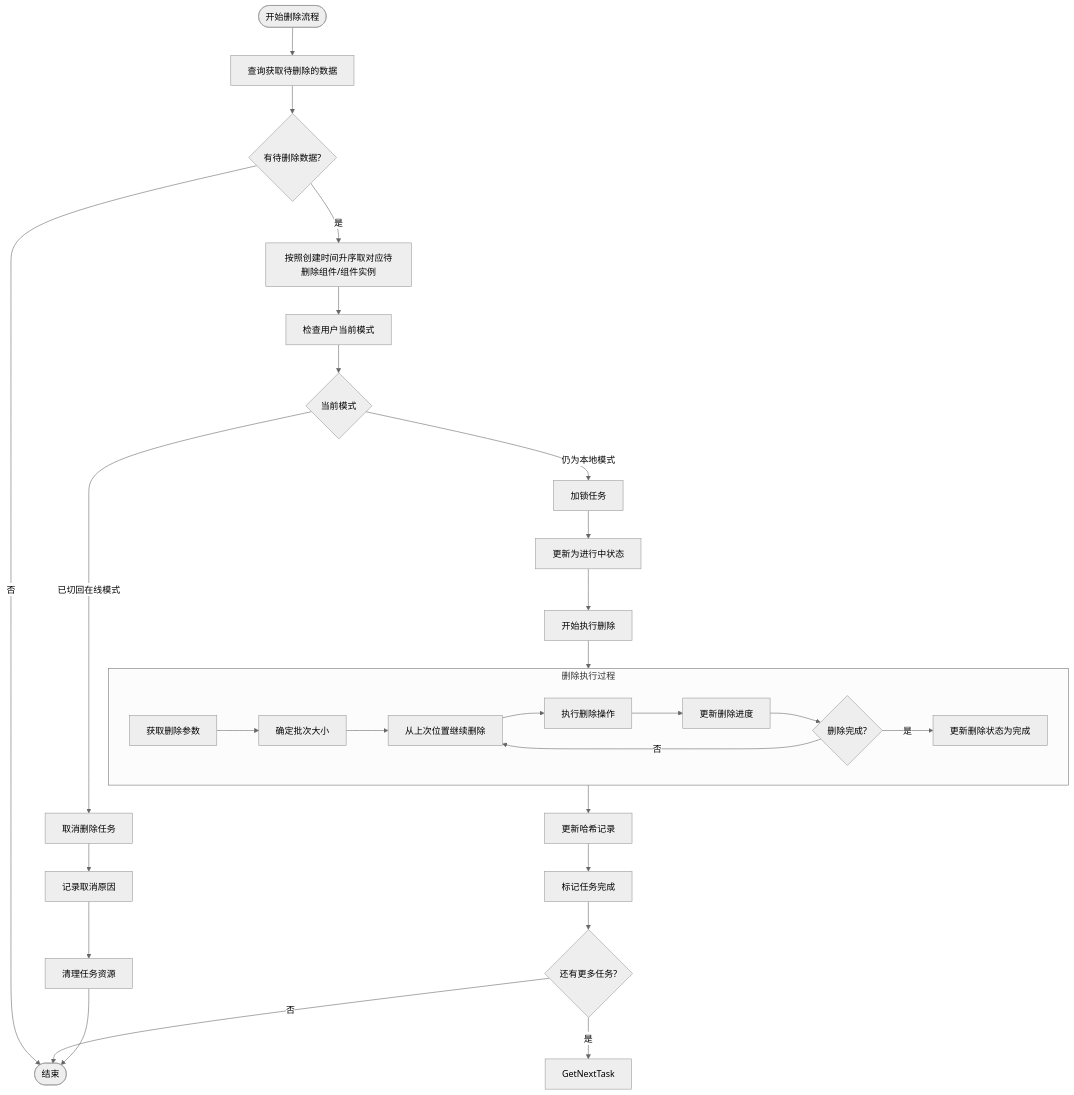
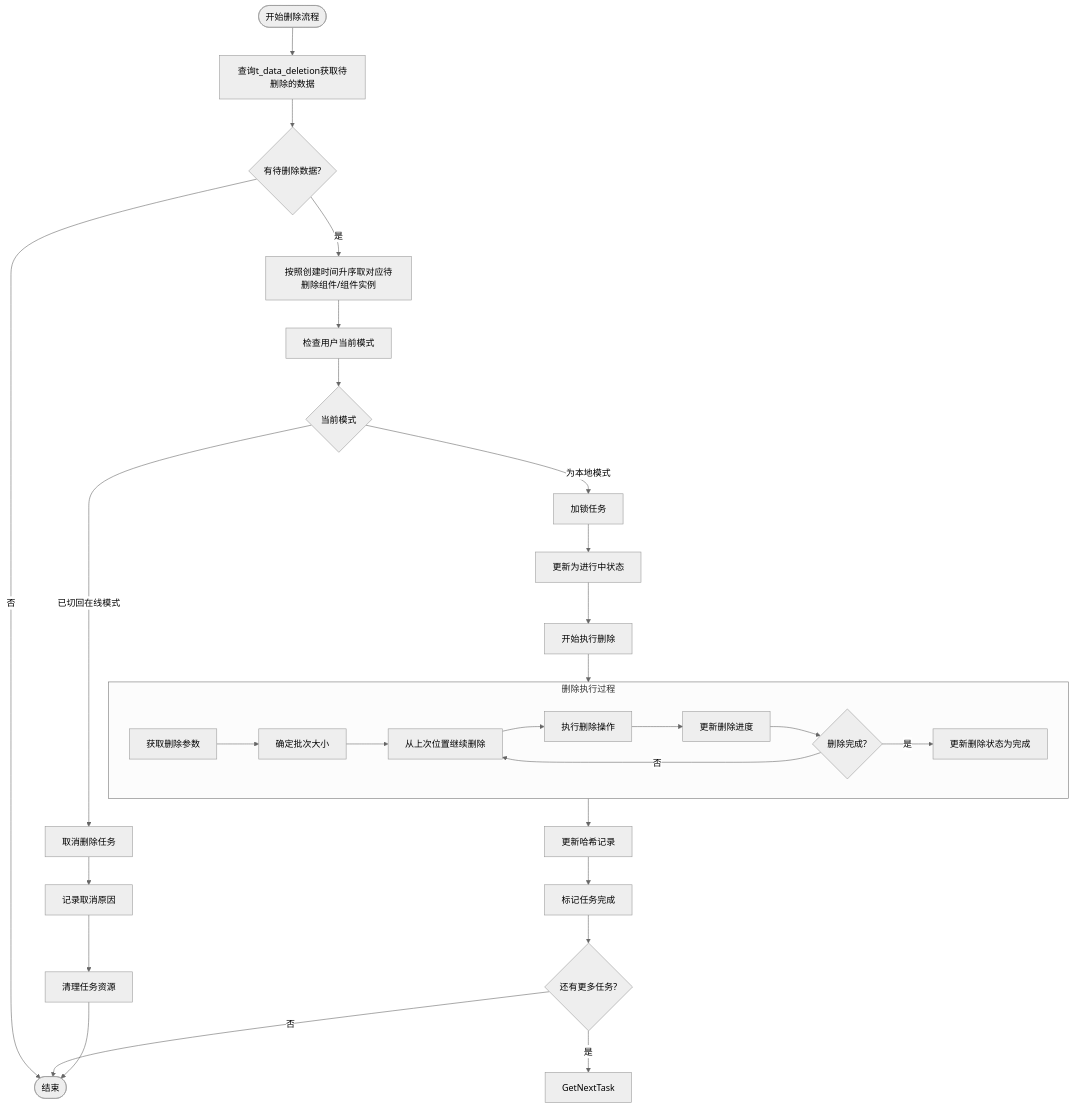
The diagram in all/未命名-51.md (yingjianzh/iodraw-files), drawn with Mermaid (neutral theme) before and after one commit.

Commit message:
2025-05-08 15:26:35 update

````diff
--- a/all/未命名-51.md
+++ b/all/未命名-51.md
@@ -1,41 +1,41 @@
 ```mermaid
 flowchart TD
-    Start([开始删除流程]) --> FetchTasks[查询获取待删除的数据]
+    Start([开始删除流程]) --> FetchTasks[查询t_data_deletion获取待删除的数据]
     FetchTasks --> HasTasks{有待删除数据?}
     
     HasTasks -->|否| End([结束])
     HasTasks -->|是| PrioritizeTasks[按照创建时间升序取对应待删除组件/组件实例]
     
     PrioritizeTasks --> CheckUserMode[检查用户当前模式]
     
     CheckUserMode --> CurrentMode{当前模式}
     CurrentMode -->|已切回在线模式| TaskCancel[取消删除任务]
-    CurrentMode -->|仍为本地模式| LockTask[加锁任务]
+    CurrentMode -->|为本地模式| LockTask[加锁任务]
     
     LockTask --> UpdateStatus[更新为进行中状态]
     UpdateStatus --> BeginDeletion[开始执行删除]
     
     subgraph DeletionProcess [删除执行过程]
         A[获取删除参数] --> B[确定批次大小]
         B --> C[从上次位置继续删除]
         C --> D[执行删除操作]
         D --> E[更新删除进度]
         E --> F{删除完成?}
         F -->|否| C
         F -->|是| G[更新删除状态为完成]
     end
     
     BeginDeletion --> DeletionProcess
     
     DeletionProcess --> UpdateHashRecord[更新哈希记录]
     UpdateHashRecord --> MarkCompleted[标记任务完成]
     
     TaskCancel --> LogCancellation[记录取消原因]
     LogCancellation --> CleanupTask[清理任务资源]
     
     MarkCompleted --> CheckMoreTasks{还有更多任务?}
     CheckMoreTasks -->|是| GetNextTask
     CheckMoreTasks -->|否| End
     
     CleanupTask --> End
 ```
````
